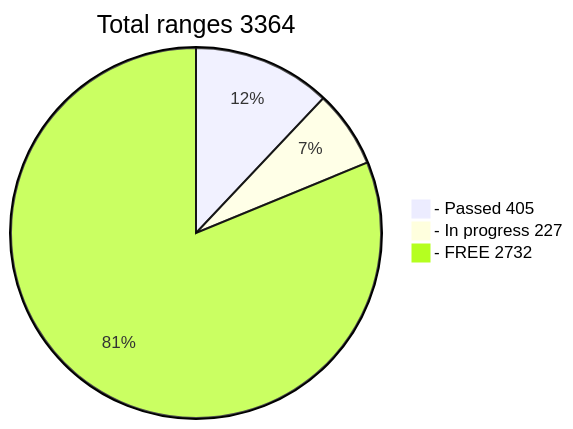
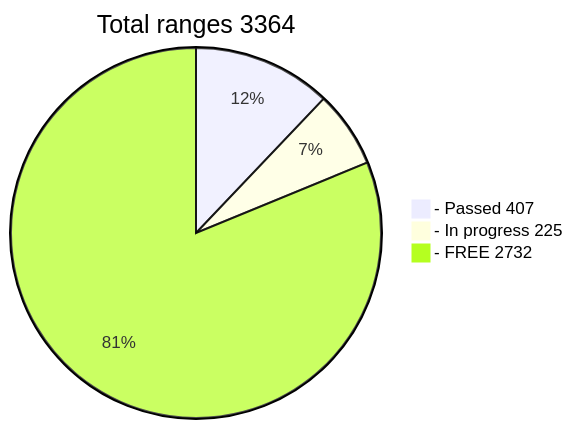
Before and after one commit to phrutis/wif500: the diagram in README.md, drawn with Mermaid.

````diff
--- a/README.md
+++ b/README.md
@@ -16,6 +16,6 @@
 ```mermaid
 pie title Total ranges 3364
-  "- Passed 405" : 405
-  "- In progress 227" : 227
+  "- Passed 407" : 407
+  "- In progress 225" : 225
   "- FREE 2732" : 2732
 ```
````
